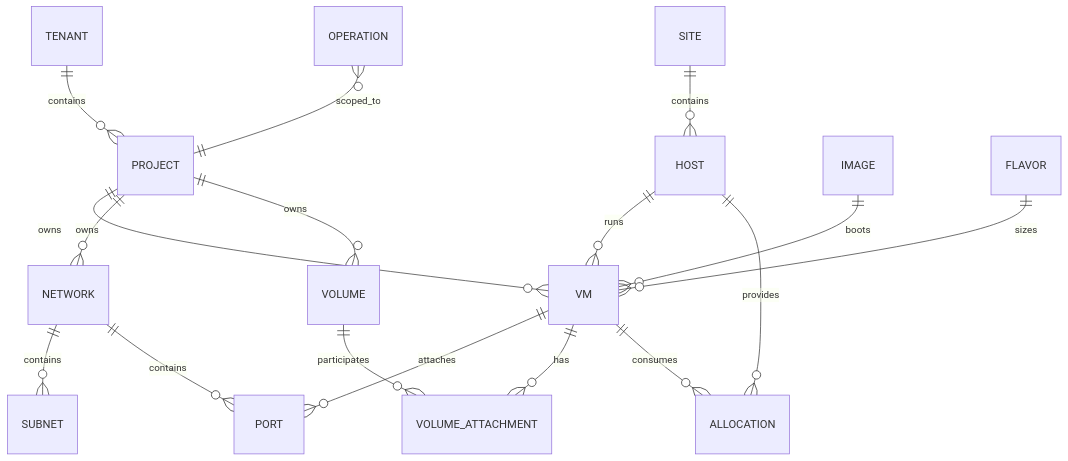
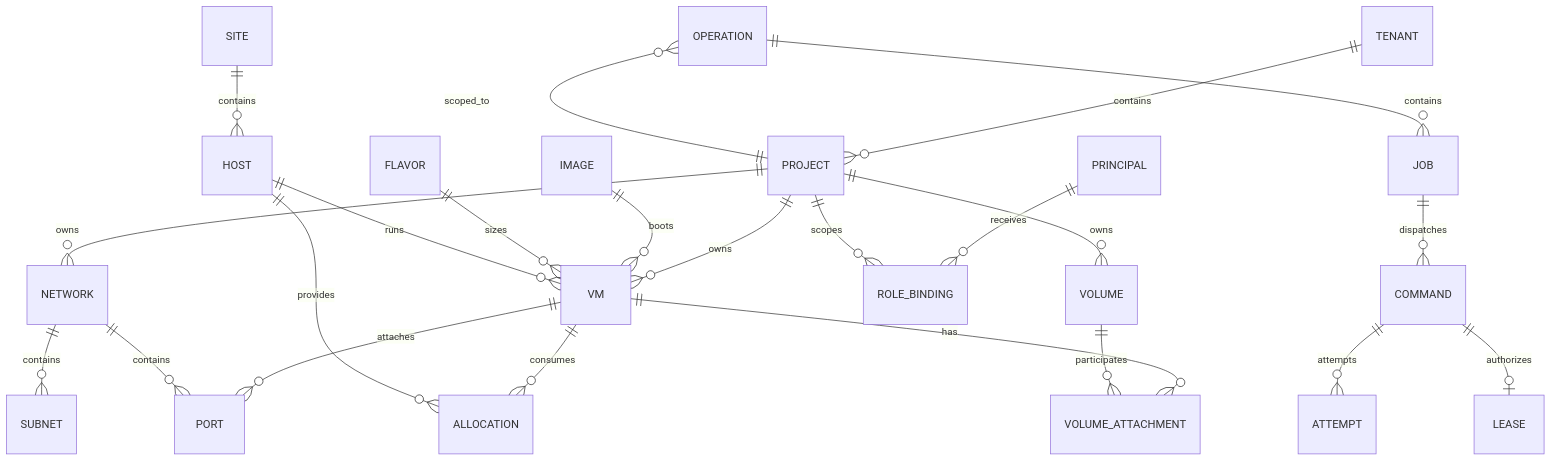
One commit to si32288564/kvm-infrastructure-manager changed the first of 4 diagrams in docs/domain-model.md. Above: the diagram before and after it, drawn with Mermaid. The commit also changed other lines of this file and 32 other files, not shown here.

Commit message:
docs: strengthen phase 0 architecture baseline

````diff
--- a/docs/domain-model.md
+++ b/docs/domain-model.md
@@ -21,19 +22,25 @@
 ```mermaid
 erDiagram
     SITE ||--o{ HOST : contains
     TENANT ||--o{ PROJECT : contains
     PROJECT ||--o{ VM : owns
     PROJECT ||--o{ NETWORK : owns
     PROJECT ||--o{ VOLUME : owns
+    PRINCIPAL ||--o{ ROLE_BINDING : receives
+    PROJECT ||--o{ ROLE_BINDING : scopes
     IMAGE ||--o{ VM : boots
     FLAVOR ||--o{ VM : sizes
     HOST ||--o{ VM : runs
     VM ||--o{ PORT : attaches
     NETWORK ||--o{ SUBNET : contains
     NETWORK ||--o{ PORT : contains
     VM ||--o{ VOLUME_ATTACHMENT : has
     VOLUME ||--o{ VOLUME_ATTACHMENT : participates
     VM ||--o{ ALLOCATION : consumes
     HOST ||--o{ ALLOCATION : provides
     OPERATION }o--|| PROJECT : scoped_to
+    OPERATION ||--o{ JOB : contains
+    JOB ||--o{ COMMAND : dispatches
+    COMMAND ||--o{ ATTEMPT : attempts
+    COMMAND ||--o| LEASE : authorizes
 ```
````
